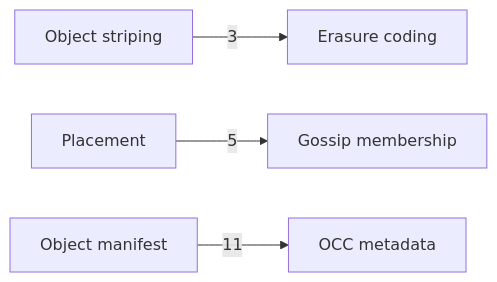
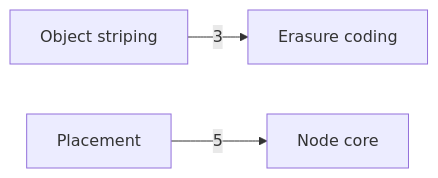
The diagram in docs/c4/diagrams/09-component-storage-b.mmd (nickstrad/decentralized-object-store), drawn with Mermaid before and after one commit. The commit also changed 28 other files, not shown here.

Commit message:
c4: redraw the diagrams as built: a node core that implements every package's interfaces, a node runtime, the object API over one service interface

```diff
--- a/docs/c4/diagrams/09-component-storage-b.mmd
+++ b/docs/c4/diagrams/09-component-storage-b.mmd
@@ -1,5 +1,4 @@
 %% draw-visual: -x 4 -y 1 -p 0
 graph LR
   STRIPE[Object striping] -->|3| ERASURE[Erasure coding]
-  PLACE[Placement] -->|5| GOSSIP[Gossip membership]
-  MANIFEST[Object manifest] -->|11| OCC[OCC metadata]
+  PLACE[Placement] -->|5| NODE[Node core]
```
